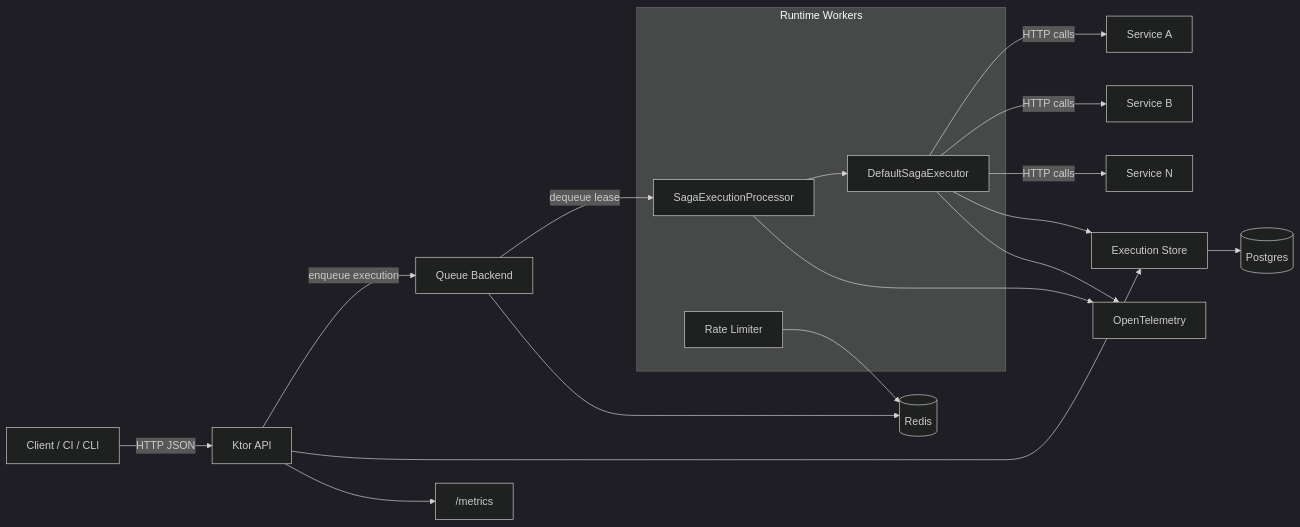
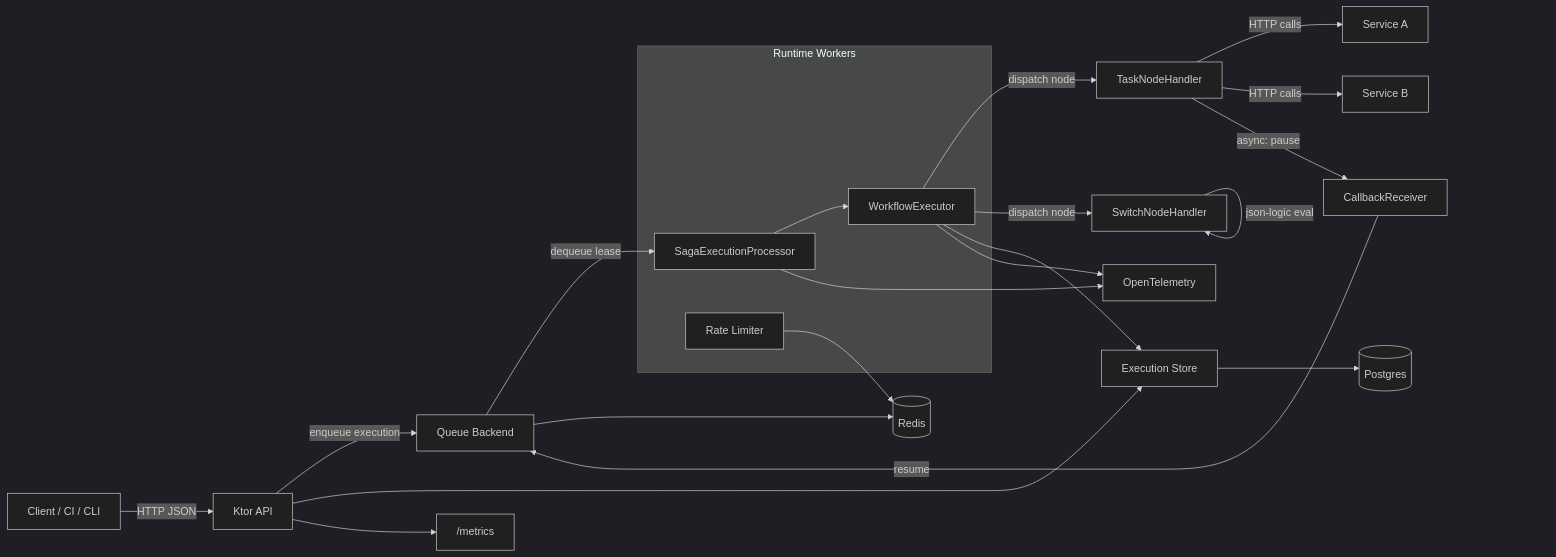
One commit to thiagoribeiro/trama changed the diagram in README.md. Above: the diagram before and after it, drawn with Mermaid (dark theme). The commit also changed other lines of this file and 61 other files, not shown here.

Commit message:
v2: workflow + async calls

````diff
--- a/README.md
+++ b/README.md
@@ -24,28 +27,33 @@
 ```mermaid
 flowchart LR
     C[Client / CI / CLI] -->|HTTP JSON| A[Ktor API]
 
     subgraph Runtime[Runtime Workers]
       P[SagaExecutionProcessor]
-      E[DefaultSagaExecutor]
+      E[WorkflowExecutor]
       RL[Rate Limiter]
     end
 
     A -->|enqueue execution| Q[Queue Backend]
     Q -->|dequeue lease| P
     P --> E
-    E -->|HTTP calls| S1[Service A]
-    E -->|HTTP calls| S2[Service B]
-    E -->|HTTP calls| S3[Service N]
+    E -->|dispatch node| TH[TaskNodeHandler]
+    E -->|dispatch node| SH[SwitchNodeHandler]
+    TH -->|HTTP calls| S1[Service A]
+    TH -->|HTTP calls| S2[Service B]
+    SH -->|json-logic eval| SH
+
+    TH -->|async: pause| CB[CallbackReceiver]
+    CB -->|resume| Q
 
     E --> ST[Execution Store]
     A --> ST
 
     ST --> PG[(Postgres)]
     Q --> R[(Redis)]
     RL --> R
 
     A --> M["/metrics"]
     P --> T[OpenTelemetry]
     E --> T
 ```
````
